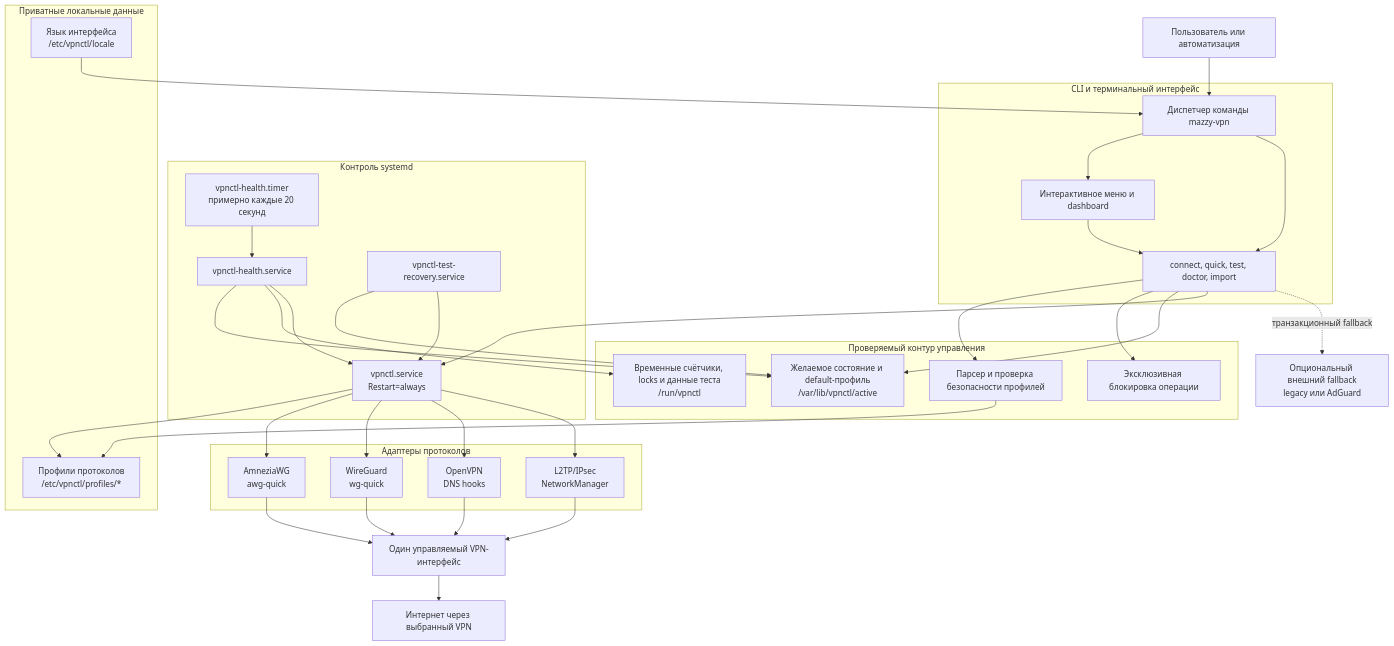
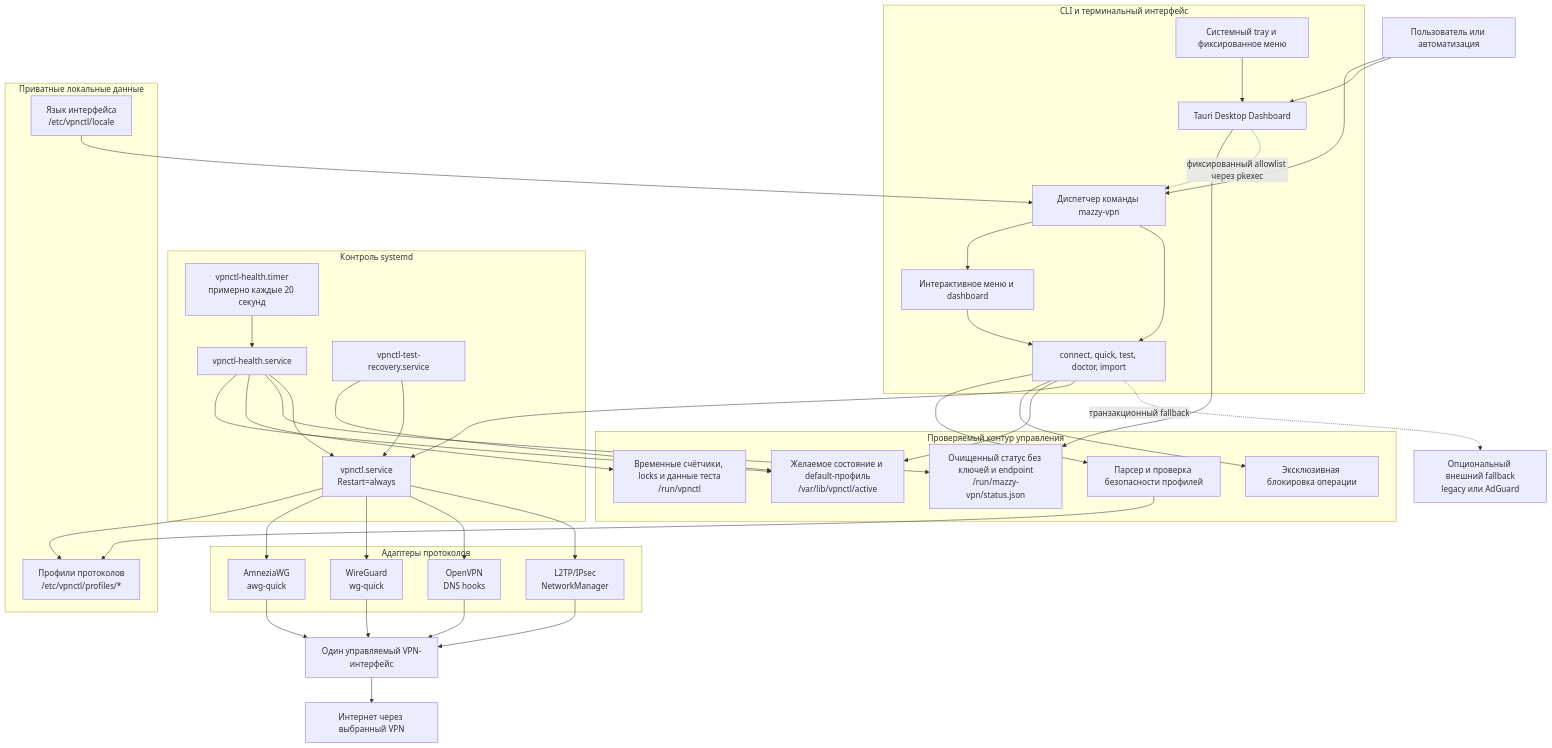
One commit to mazurovn/mazzy-vpn changed the first of 5 diagrams in docs/ARCHITECTURE.ru.md. Above: the diagram before and after it, drawn with Mermaid. The commit also changed other lines of this file and 104 other files, not shown here.

Commit message:
Release Mazzy VPN 1.1.0 dashboard and desktop preview

````diff
--- a/docs/ARCHITECTURE.ru.md
+++ b/docs/ARCHITECTURE.ru.md
@@ -15,68 +15,76 @@
 ```mermaid
 flowchart TB
     User["Пользователь или автоматизация"]
 
     subgraph UX["CLI и терминальный интерфейс"]
         Entry["Диспетчер команды mazzy-vpn"]
         TUI["Интерактивное меню и dashboard"]
+        Desktop["Tauri Desktop Dashboard"]
+        Tray["Системный tray и фиксированное меню"]
         Commands["connect, quick, test, doctor, import"]
     end
 
     subgraph Control["Проверяемый контур управления"]
         Validation["Парсер и проверка безопасности профилей"]
         ActionLock["Эксклюзивная блокировка операции"]
         State["Желаемое состояние и default-профиль<br/>/var/lib/vpnctl/active"]
         Runtime["Временные счётчики, locks и данные теста<br/>/run/vpnctl"]
+        StatusCache["Очищенный статус без ключей и endpoint<br/>/run/mazzy-vpn/status.json"]
     end
 
     subgraph Supervisor["Контроль systemd"]
         Service["vpnctl.service<br/>Restart=always"]
         Timer["vpnctl-health.timer<br/>примерно каждые 20 секунд"]
         Health["vpnctl-health.service"]
         BootRecovery["vpnctl-test-recovery.service"]
     end
 
     subgraph Data["Приватные локальные данные"]
         Profiles["Профили протоколов<br/>/etc/vpnctl/profiles/*"]
         Locale["Язык интерфейса<br/>/etc/vpnctl/locale"]
     end
 
     subgraph Engines["Адаптеры протоколов"]
         AWG["AmneziaWG<br/>awg-quick"]
         WG["WireGuard<br/>wg-quick"]
         OVPN["OpenVPN<br/>DNS hooks"]
         L2TP["L2TP/IPsec<br/>NetworkManager"]
     end
 
     Tunnel["Один управляемый VPN-интерфейс"]
     Internet["Интернет через выбранный VPN"]
     External["Опциональный внешний fallback<br/>legacy или AdGuard"]
 
     User --> Entry
+    User --> Desktop
     Entry --> TUI
     Entry --> Commands
     TUI --> Commands
+    Tray --> Desktop
+    Desktop --> StatusCache
+    Desktop -. фиксированный allowlist через pkexec .-> Entry
     Commands --> Validation
     Validation --> Profiles
     Commands --> ActionLock
     Commands --> State
     Commands --> Service
     Commands -. транзакционный fallback .-> External
     Timer --> Health
     Health --> State
     Health --> Runtime
+    Health --> StatusCache
     Health --> Service
     BootRecovery --> State
     BootRecovery --> Service
     Service --> Profiles
     Service --> AWG
     Service --> WG
     Service --> OVPN
     Service --> L2TP
     AWG --> Tunnel
     WG --> Tunnel
     OVPN --> Tunnel
     L2TP --> Tunnel
     Tunnel --> Internet
     Locale --> Entry
 ```
````
